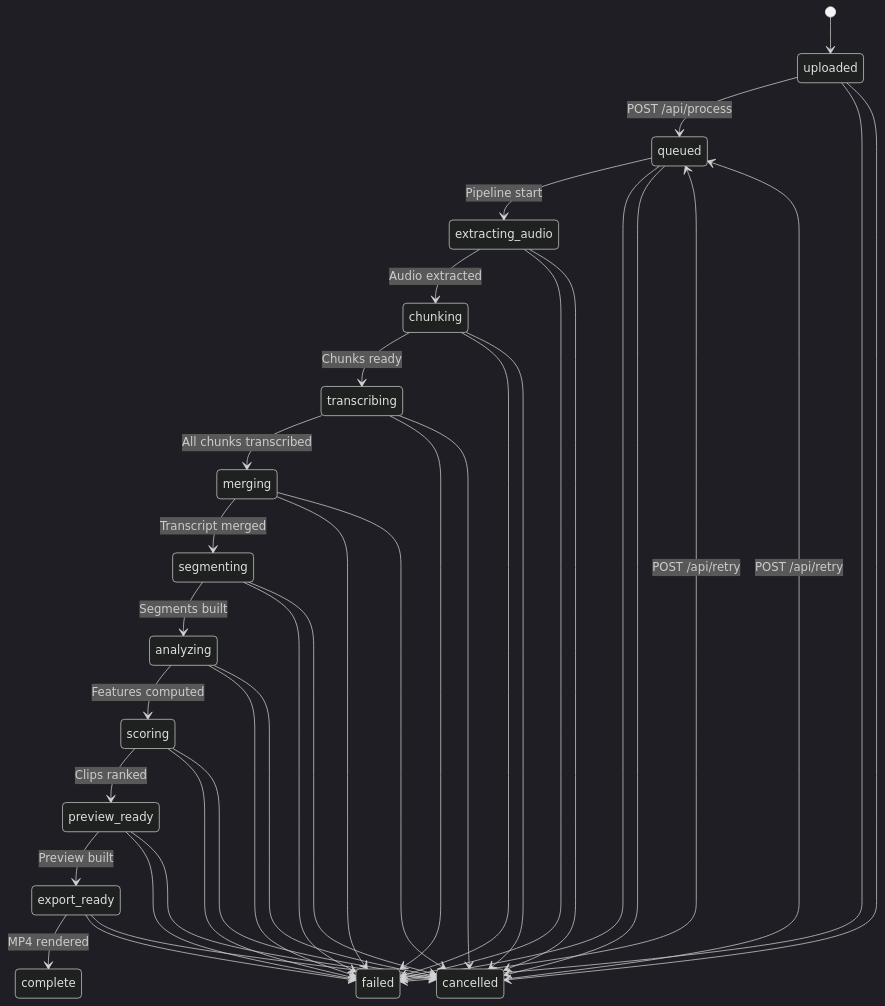
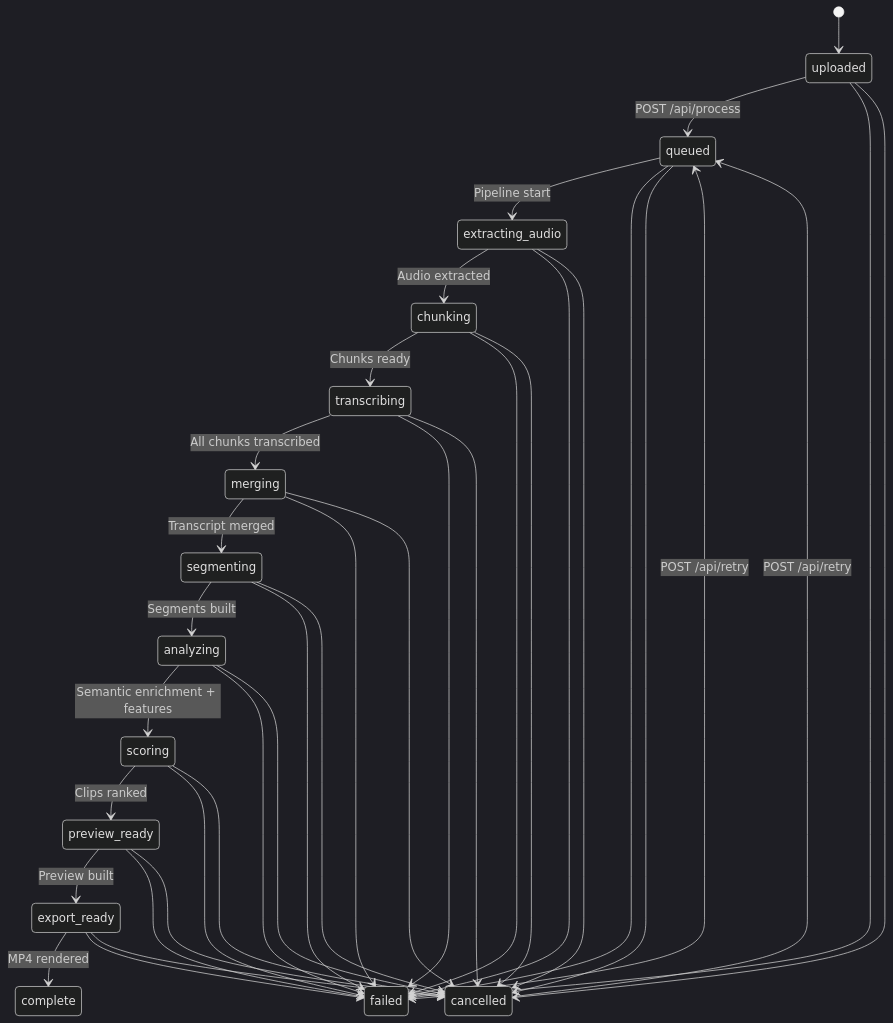
Before and after one commit to samm329-ui/Trimora_v2: the fifth of 9 diagrams in README.md, drawn with Mermaid (dark theme). The commit also changed other lines of this file, not shown here.

First line of the commit message:
docs: rewrite README with embedding-first architecture

````diff
--- a/README.md
+++ b/README.md
@@ -256,44 +459,44 @@
 ```mermaid
 stateDiagram-v2
     [*] --> uploaded
     uploaded --> queued : POST /api/process
     queued --> extracting_audio : Pipeline start
 
     extracting_audio --> chunking : Audio extracted
     chunking --> transcribing : Chunks ready
     transcribing --> merging : All chunks transcribed
     merging --> segmenting : Transcript merged
     segmenting --> analyzing : Segments built
-    analyzing --> scoring : Features computed
+    analyzing --> scoring : Semantic enrichment + features
     scoring --> preview_ready : Clips ranked
     preview_ready --> export_ready : Preview built
     export_ready --> complete : MP4 rendered
 
     uploaded --> failed
     queued --> failed
     extracting_audio --> failed
     chunking --> failed
     transcribing --> failed
     merging --> failed
     segmenting --> failed
     analyzing --> failed
     scoring --> failed
     preview_ready --> failed
     export_ready --> failed
 
     failed --> queued : POST /api/retry
 
     uploaded --> cancelled
     queued --> cancelled
     extracting_audio --> cancelled
     chunking --> cancelled
     transcribing --> cancelled
     merging --> cancelled
     segmenting --> cancelled
     analyzing --> cancelled
     scoring --> cancelled
     preview_ready --> cancelled
     export_ready --> cancelled
 
     cancelled --> queued : POST /api/retry
 ```
````
